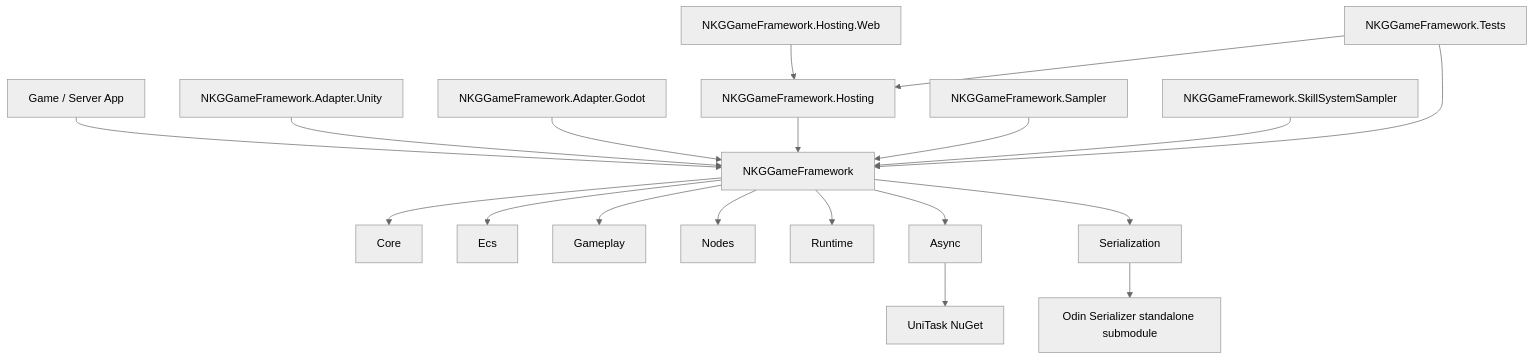
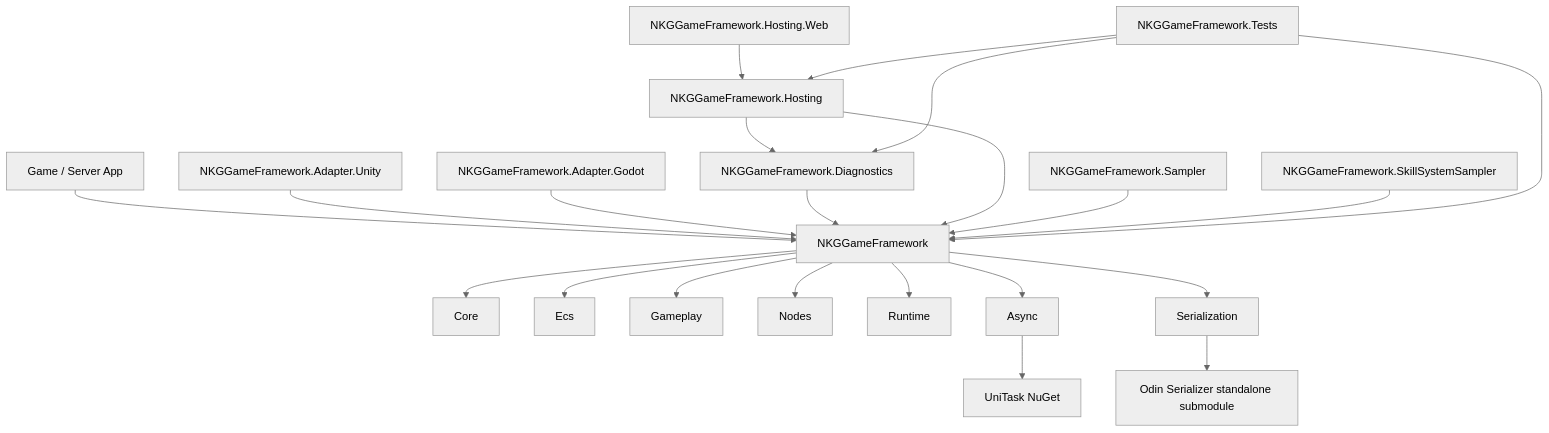
One commit to wqaetly/NKGGameFramework changed the first of 2 diagrams in README.md. Above: the diagram before and after it, drawn with Mermaid (neutral theme). The commit also changed other lines of this file and 27 other files, not shown here.

````diff
--- a/README.md
+++ b/README.md
@@ -24,23 +25,26 @@
 ```mermaid
 flowchart TD
     App["Game / Server App"] --> CorePkg["NKGGameFramework"]
     UnityAdapter["NKGGameFramework.Adapter.Unity"] --> CorePkg
     GodotAdapter["NKGGameFramework.Adapter.Godot"] --> CorePkg
-    HostingPkg["NKGGameFramework.Hosting"] --> CorePkg
+    DiagnosticsPkg["NKGGameFramework.Diagnostics"] --> CorePkg
+    HostingPkg["NKGGameFramework.Hosting"] --> DiagnosticsPkg
+    HostingPkg --> CorePkg
     InspectorWeb["NKGGameFramework.Hosting.Web"] --> HostingPkg
     Sampler["NKGGameFramework.Sampler"] --> CorePkg
     SkillSampler["NKGGameFramework.SkillSystemSampler"] --> CorePkg
     Tests["NKGGameFramework.Tests"] --> CorePkg
+    Tests --> DiagnosticsPkg
     Tests --> HostingPkg
 
     CorePkg --> Core["Core"]
     CorePkg --> Ecs["Ecs"]
     CorePkg --> Gameplay["Gameplay"]
     CorePkg --> Nodes["Nodes"]
     CorePkg --> Runtime["Runtime"]
     CorePkg --> Async["Async"]
     CorePkg --> Serialization["Serialization"]
 
     Async --> UniTask["UniTask NuGet"]
     Serialization --> Odin["Odin Serializer standalone submodule"]
 ```
````
